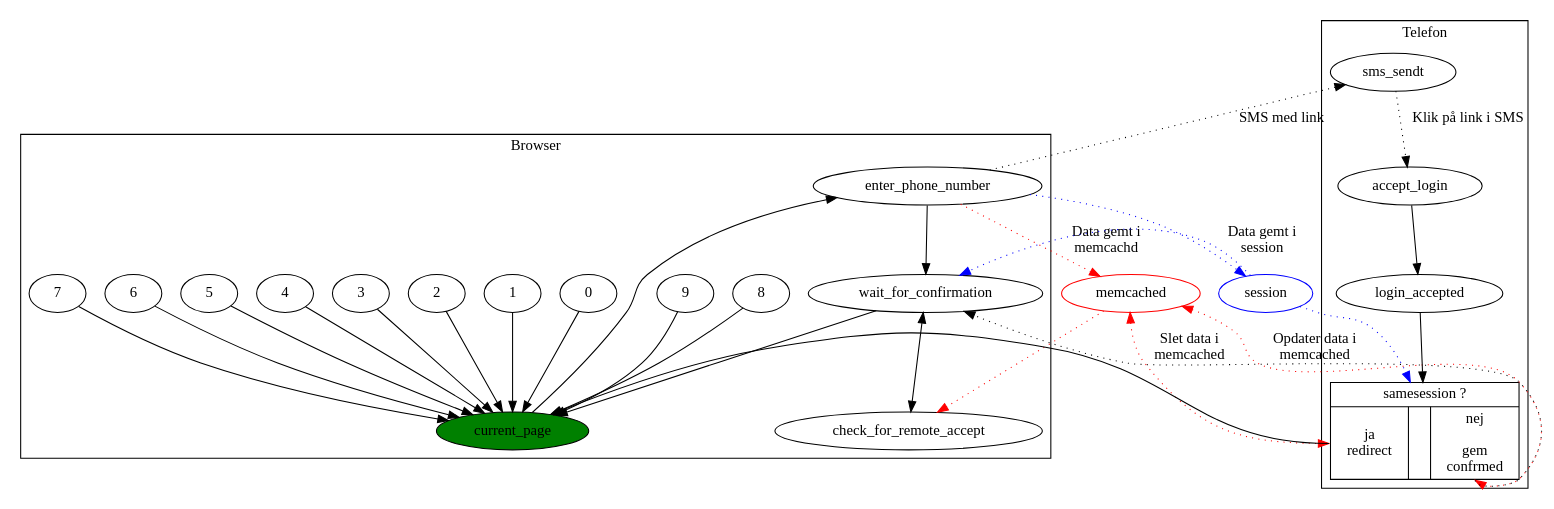
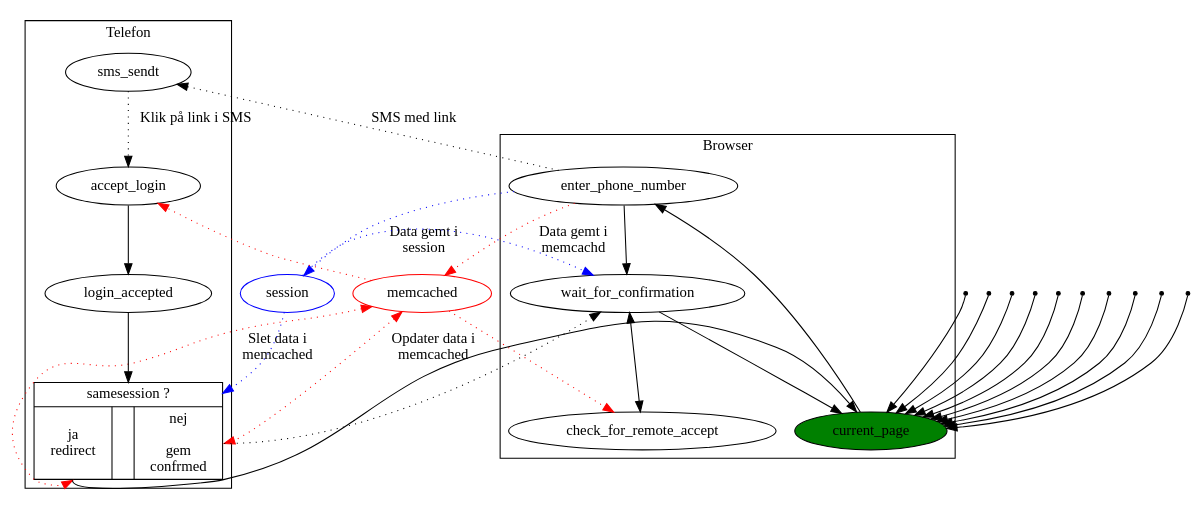
The diagram in projekter/sms-login.dot (alslug/alslug.dk), drawn with Graphviz before and after one commit.

```diff
--- a/projekter/sms-login.dot
+++ b/projekter/sms-login.dot
@@ -1,47 +1,50 @@
 digraph xxx {
   {
     edge [ color=red style=dotted ];
 ////////////////////////////////////////////////////////////////////////////////////////////
     enter_phone_number -> memcached [ label="Data gemt i \nmemcachd"]; /////
                           memcached [ color = red ];
                           memcached -> check_for_remote_accept;
+                          memcached -> accept_login;
                           memcached -> same_session:ja [ label = "Slet data i \nmemcached" dir=both ];
                           memcached -> same_session:nej [ label = "Opdater data i \nmemcached" dir=both ];
 ////////////////////////////////////////////////////////////////////////////////////////////
   }
   {
     edge [ color=blue style=dotted ];
 ////////////////////////////////////////////////////////////////////////////////////////////
         enter_phone_number -> session [ label="Data gemt i \nsession"];    /////
                               session [ color = blue ];
                               session -> wait_for_confirmation;
                               session -> same_session;
 ////////////////////////////////////////////////////////////////////////////////////////////
   }
   subgraph cluster_browser {
     label = "Browser";
 
     current_page [ style=filled fillcolor=green ];
     current_page ->
           enter_phone_number ->
                 wait_for_confirmation ->
                       current_page;
                 wait_for_confirmation ->
                       check_for_remote_accept [ dir=both ];
-
+  }
+  {
+    node [ shape=point ];
     {1,2,3,4,5,6,7,8,9,0} -> current_page;
   }
   subgraph cluster_telefon {
     label = "Telefon";
     same_session [ shape=record label="{samesession ?|{<ja> ja\nredirect| &nbsp; |<nej> nej\n\ngem\nconfrmed}}" ];
     sms_sendt ->
           accept_login [ style=dotted label="Klik på link i SMS" ];
           accept_login ->
                 login_accepted->
                       same_session;
                       same_session:ja -> current_page;
                       same_session:nej -> wait_for_confirmation [ style=dotted ];
   }
   
   enter_phone_number -> sms_sendt [ style= dotted label="SMS med link"];
 }
```
